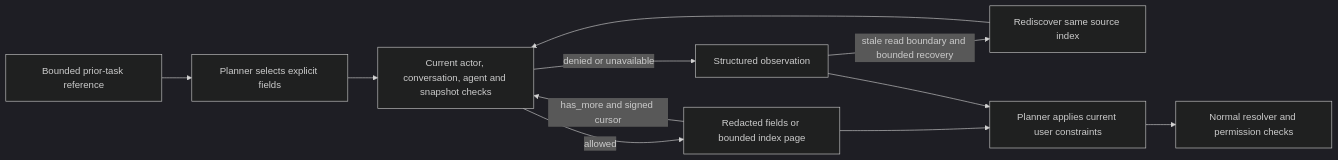
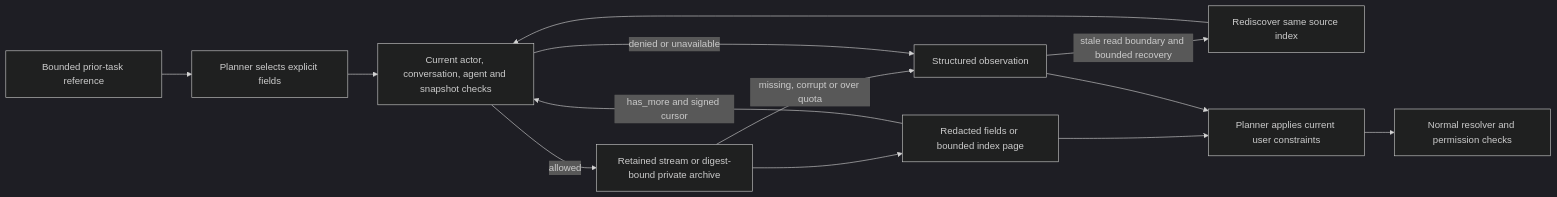
The first of 5 diagrams in docs/architecture/03-task-state-context.md (MatrixCoreX/RustClaw), drawn with Mermaid (dark theme) before and after one commit. The commit also changed other lines of this file and 50 other files, not shown here.

````diff
--- a/docs/architecture/03-task-state-context.md
+++ b/docs/architecture/03-task-state-context.md
@@ -82,13 +93,15 @@
 ```mermaid
 flowchart LR
     A[Bounded prior-task reference] --> B[Planner selects explicit fields]
     B --> C[Current actor, conversation, agent and snapshot checks]
-    C -->|allowed| D[Redacted fields or bounded index page]
+    C -->|allowed| S[Retained stream or digest-bound private archive]
+    S --> D[Redacted fields or bounded index page]
+    S -->|missing, corrupt or over quota| E
     D -->|has_more and signed cursor| C
     C -->|denied or unavailable| E[Structured observation]
     E -->|stale read boundary and bounded recovery| R[Rediscover same source index]
     R --> C
     D --> F[Planner applies current user constraints]
     F --> G[Normal resolver and permission checks]
     E --> F
 ```
````
